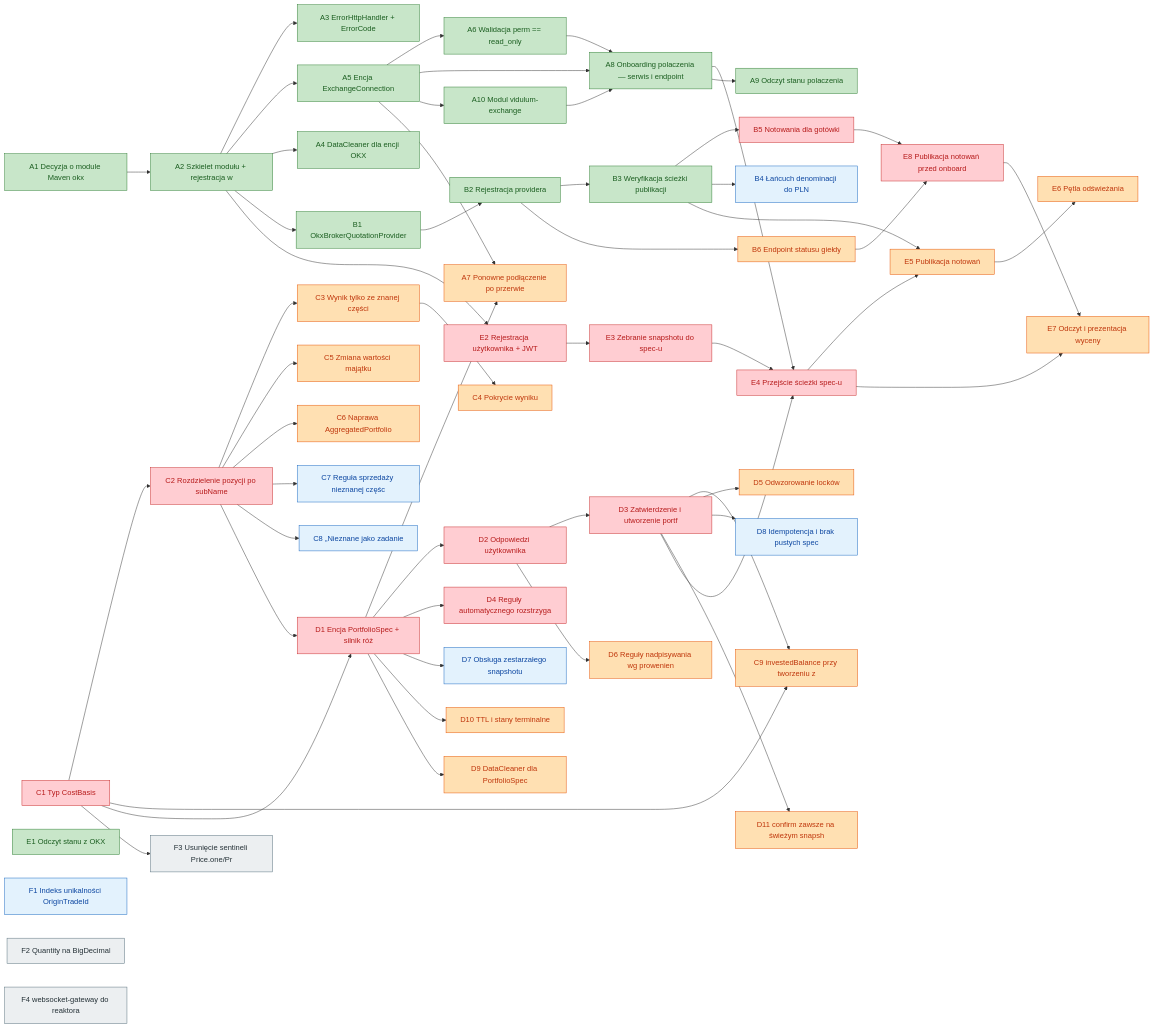
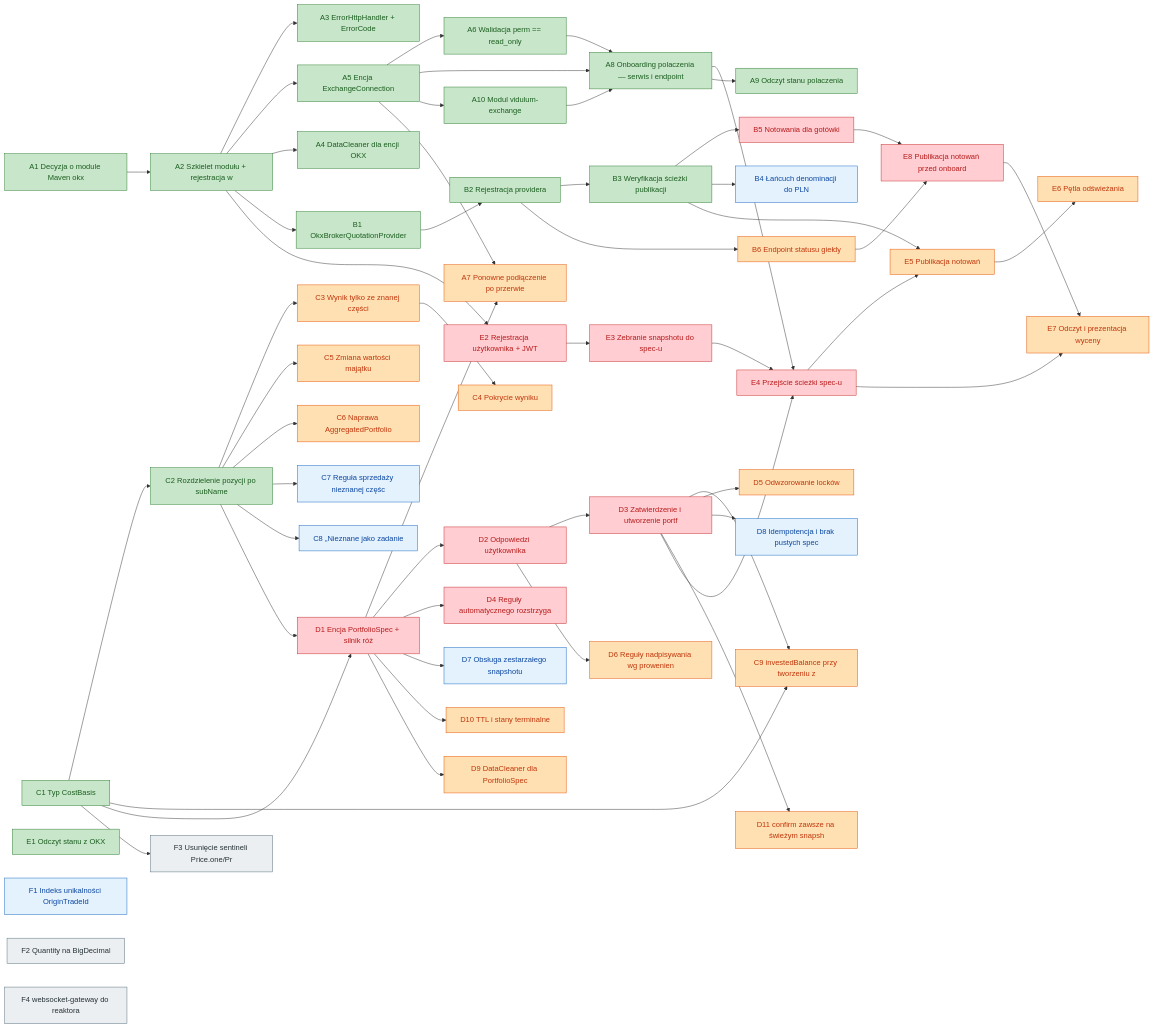
Before and after one commit to lu92/vidulum: the diagram in docs/features-backlog/2026-09-18-okx-tasks.md, drawn with Mermaid. The commit also changed other lines of this file and 29 other files, not shown here.

Commit message:
VID-175: Model cost basis and split positions by origin so unknown-cost holdings stop inventing profit (#174)

```diff
--- a/docs/features-backlog/2026-09-18-okx-tasks.md
+++ b/docs/features-backlog/2026-09-18-okx-tasks.md
@@ -150,8 +165,8 @@
     B5["B5 Notowania dla gotówki"]:::p0
     B6["B6 Endpoint statusu giełdy"]:::p1
     B4["B4 Łańcuch denominacji do PLN"]:::p2
-    C1["C1 Typ CostBasis"]:::p0
-    C2["C2 Rozdzielenie pozycji po subName"]:::p0
+    C1["C1 Typ CostBasis"]:::done
+    C2["C2 Rozdzielenie pozycji po subName"]:::done
     C3["C3 Wynik tylko ze znanej części"]:::p1
     C4["C4 Pokrycie wyniku"]:::p1
     C5["C5 Zmiana wartości majątku"]:::p1
```
